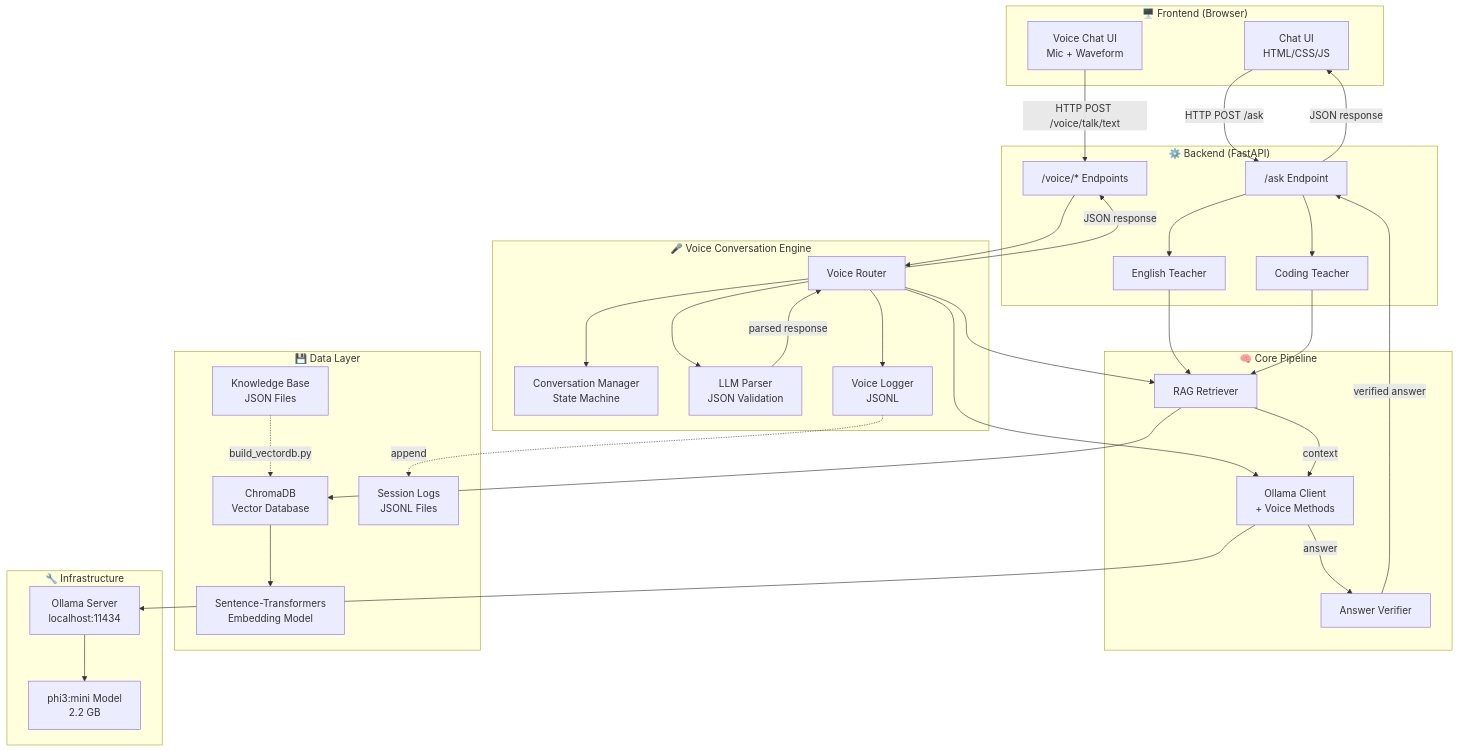
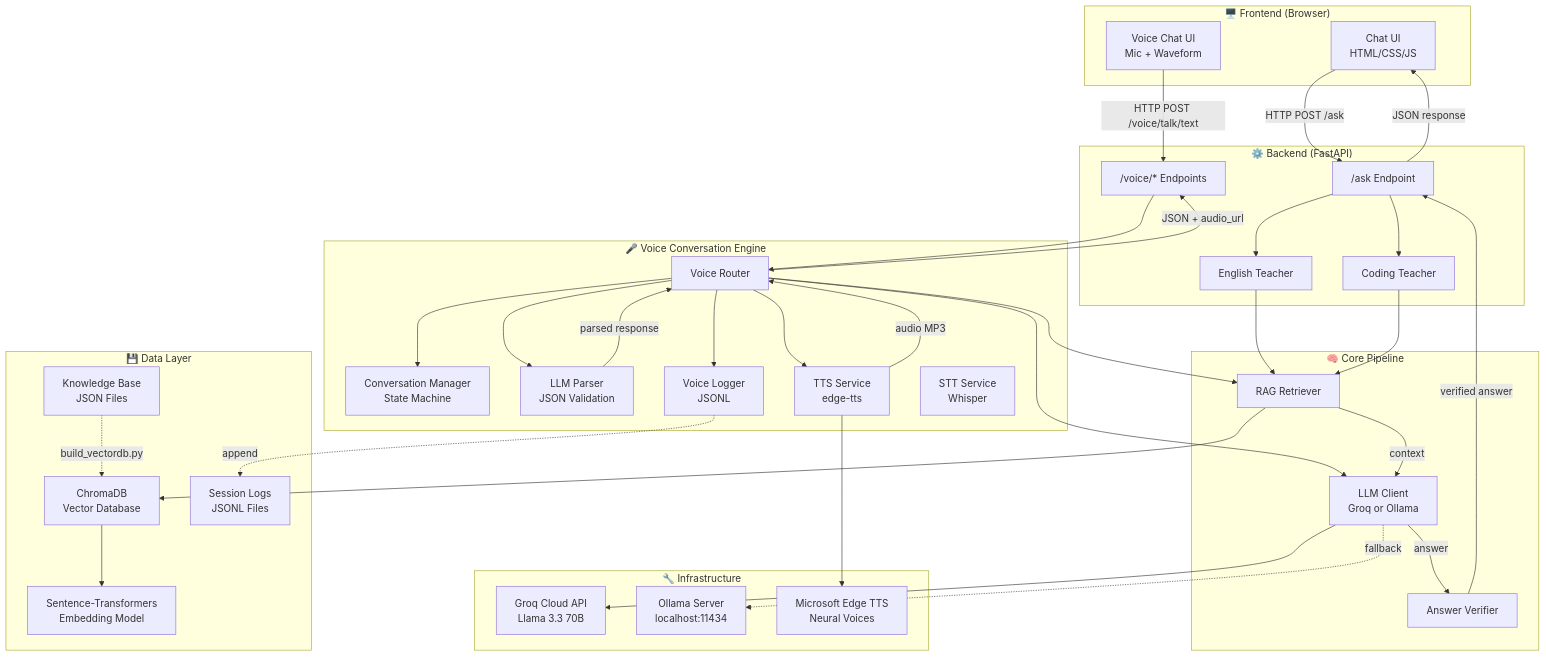
Before and after one commit to sagar-SgrDon/ai-teacher: the first of 3 diagrams in docs/SYSTEM_DESIGN.md, drawn with Mermaid. The commit also changed other lines of this file and 7 other files, not shown here.

Commit message:
feat(llm): add Groq cloud LLM, TTS/STT services, native language support

````diff
--- a/docs/SYSTEM_DESIGN.md
+++ b/docs/SYSTEM_DESIGN.md
@@ -21,59 +24,66 @@
 ```mermaid
 graph TB
     subgraph Frontend["🖥️ Frontend (Browser)"]
         UI[Chat UI<br/>HTML/CSS/JS]
         VUI[Voice Chat UI<br/>Mic + Waveform]
     end
 
     subgraph Backend["⚙️ Backend (FastAPI)"]
         API["/ask Endpoint"]
         VAPI["/voice/* Endpoints"]
         ET[English Teacher]
         CT[Coding Teacher]
     end
 
     subgraph Voice["🎤 Voice Conversation Engine"]
         VR[Voice Router]
         CM[Conversation Manager<br/>State Machine]
         LP[LLM Parser<br/>JSON Validation]
         VL[Voice Logger<br/>JSONL]
+        TTS[TTS Service<br/>edge-tts]
+        STT[STT Service<br/>Whisper]
     end
 
     subgraph Core["🧠 Core Pipeline"]
         RAG[RAG Retriever]
-        LLM[Ollama Client<br/>+ Voice Methods]
+        LLM[LLM Client<br/>Groq or Ollama]
         VER[Answer Verifier]
     end
 
     subgraph Data["💾 Data Layer"]
         KB[Knowledge Base<br/>JSON Files]
         VDB[ChromaDB<br/>Vector Database]
         EMB[Sentence-Transformers<br/>Embedding Model]
         LOGS[Session Logs<br/>JSONL Files]
     end
 
     subgraph Infra["🔧 Infrastructure"]
+        GROQ[Groq Cloud API<br/>Llama 3.3 70B]
         OLL[Ollama Server<br/>localhost:11434]
-        PHI[phi3:mini Model<br/>2.2 GB]
+        MSFT[Microsoft Edge TTS<br/>Neural Voices]
     end
 
     UI -->|HTTP POST /ask| API
     VUI -->|HTTP POST /voice/talk/text| VAPI
     API --> ET & CT
     ET & CT --> RAG
     VAPI --> VR
     VR --> CM & LP & VL
     VR --> RAG
     VR --> LLM
+    VR --> TTS
     RAG --> VDB
     VDB --> EMB
     RAG -->|context| LLM
     LLM -->|answer| VER
     VER -->|verified answer| API
     LP -->|parsed response| VR
-    VR -->|JSON response| VAPI
+    TTS -->|audio MP3| VR
+    VR -->|JSON + audio_url| VAPI
     API -->|JSON response| UI
-    LLM --> OLL --> PHI
+    LLM --> GROQ
+    LLM -.->|fallback| OLL
+    TTS --> MSFT
     KB -.->|build_vectordb.py| VDB
     VL -.->|append| LOGS
 ```
````
